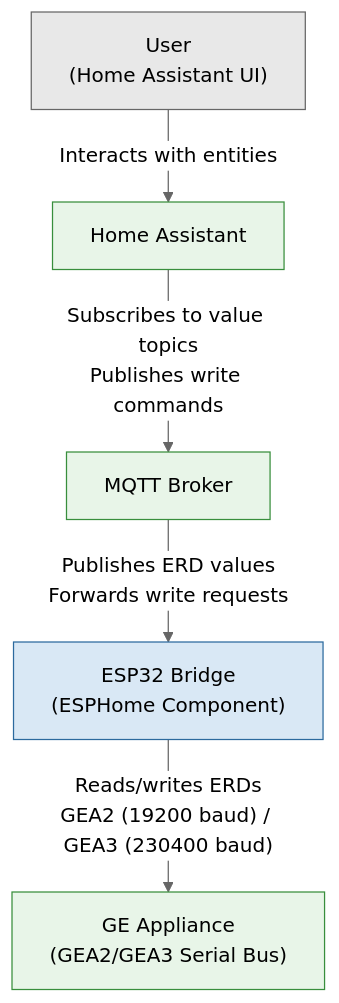
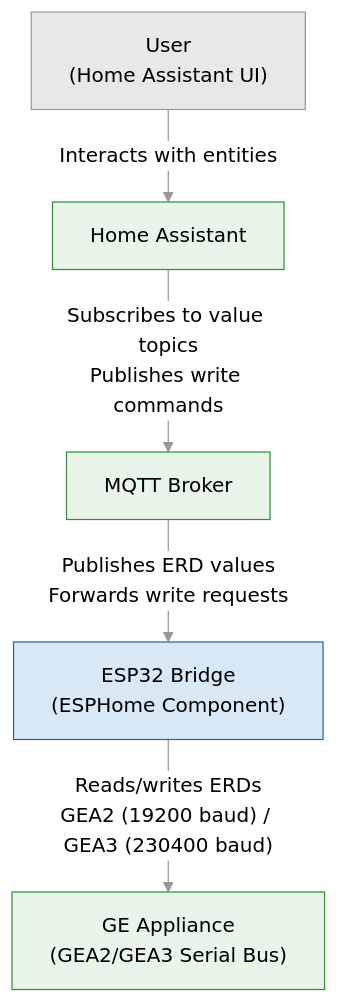
Before and after one commit to eddietheengineer/home-assistant-bridge-esphome: the first of 2 diagrams in docs/architecture/overview.md, drawn with Mermaid. The commit also changed other lines of this file and 3 other files, not shown here.

First line of the commit message:
style(docs): improve mermaid chart visibility in dark mode

````diff
--- a/docs/architecture/overview.md
+++ b/docs/architecture/overview.md
@@ -9,22 +9,22 @@
 ```mermaid
-%%{init: {"theme":"neutral","themeVariables":{"primaryColor":"#4a90d9","primaryBorderColor":"#2c6a9e","primaryTextColor":"#1a1a1a","secondaryColor":"#d9e8f5","tertiaryColor":"#f0f0f0","lineColor":"#666666","clusterBkg":"#f5f5f5","clusterBorder":"#cccccc","fontFamily":"monospace","nodeBorder":"#555555","edgeLabelBackground":"#ffffff","actorBkg":"#e8e8e8","actorBorder":"#666666","actorTextColor":"#1a1a1a"}}}%%
+%%{init: {"theme":"neutral","themeVariables":{"primaryColor":"#4a90d9","primaryBorderColor":"#2c6a9e","primaryTextColor":"#1a1a1a","secondaryColor":"#d9e8f5","tertiaryColor":"#f0f0f0","lineColor":"#999999","clusterBkg":"#f5f5f5","clusterBorder":"#aaaaaa","fontFamily":"monospace","nodeBorder":"#888888","edgeLabelBackground":"#ffffff","actorBkg":"#e8e8e8","actorBorder":"#999999","actorTextColor":"#1a1a1a"}}}%%
 graph TB
     USER["User<br/>(Home Assistant UI)"]
     HA["Home Assistant"]
     BROKER["MQTT Broker"]
     BRIDGE["ESP32 Bridge<br/>(ESPHome Component)"]
     APPLIANCE["GE Appliance<br/>(GEA2/GEA3 Serial Bus)"]
 
     USER -->|"Interacts with entities"| HA
     HA -->|"Subscribes to value topics<br/>Publishes write commands"| BROKER
     BROKER -->|"Publishes ERD values<br/>Forwards write requests"| BRIDGE
     BRIDGE -->|"Reads/writes ERDs<br/>GEA2 (19200 baud) / GEA3 (230400 baud)"| APPLIANCE
 
-    classDef actor fill:#e8e8e8,stroke:#666666
+    classDef actor fill:#e8e8e8,stroke:#999999
     classDef system fill:#d9e8f5,stroke:#2c6a9e
     classDef external fill:#e8f5e8,stroke:#388e3c
 
     class USER actor
     class BRIDGE system
     class HA,BROKER,APPLIANCE external
 ```
````
